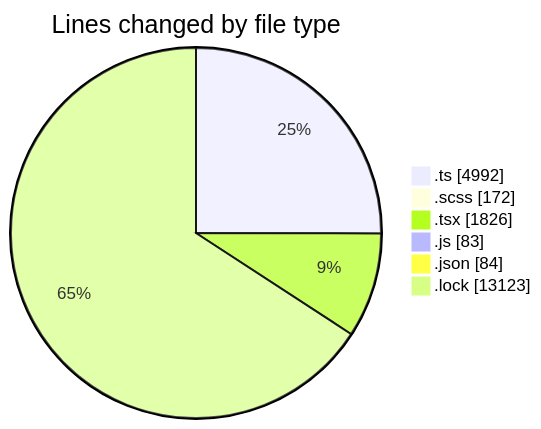
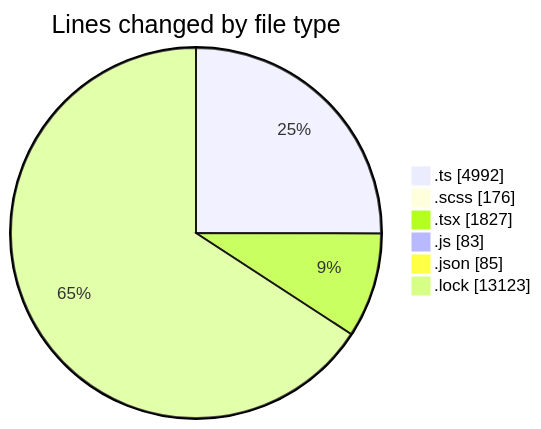
Before and after one commit to momahboobian/code-tracking: the first of 2 diagrams in 2025-09-12/cda/README.md, drawn with Mermaid. The commit also changed other lines of this file and 1 other file, not shown here.

````diff
--- a/2025-09-12/cda/README.md
+++ b/2025-09-12/cda/README.md
@@ -34,10 +34,10 @@
 ```mermaid
 pie showData
 title Lines changed by file type
 ".ts" : 4992
-".scss" : 172
-".tsx" : 1826
+".scss" : 176
+".tsx" : 1827
 ".js" : 83
-".json" : 84
+".json" : 85
 ".lock" : 13123
 ```
````
